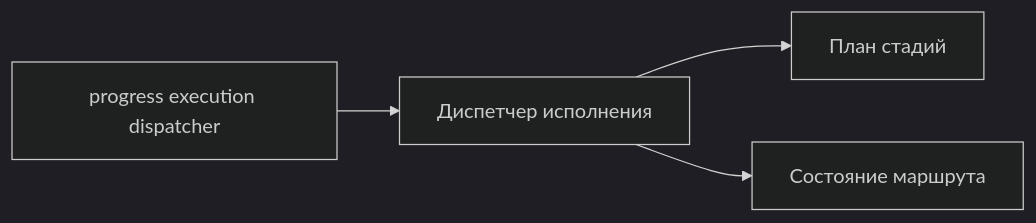
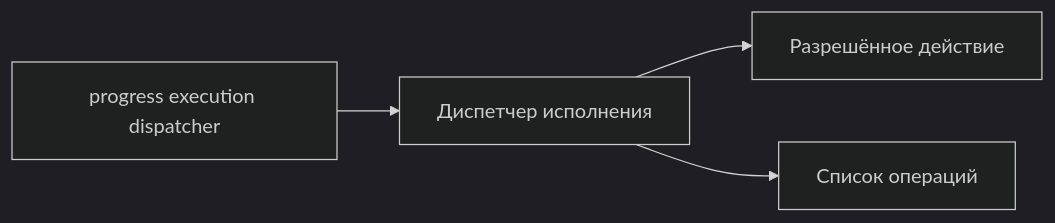
Before and after one commit to rasungatullin/progress: the third of 7 diagrams in docs/contours/execution/CLI.md, drawn with Mermaid (dark theme). The commit also changed other lines of this file and 23 other files, not shown here.

````diff
--- a/docs/contours/execution/CLI.md
+++ b/docs/contours/execution/CLI.md
@@ -360,6 +325,6 @@
 ```mermaid
 flowchart LR
     A[progress execution dispatcher] --> B[Диспетчер исполнения]
-    B --> C[План стадий]
-    B --> D[Состояние маршрута]
+    B --> C[Разрешённое действие]
+    B --> D[Список операций]
 ```
````
